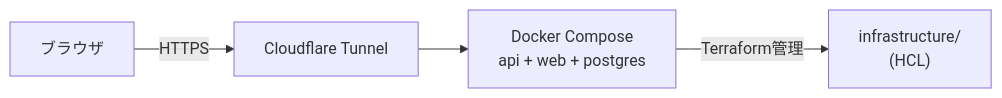
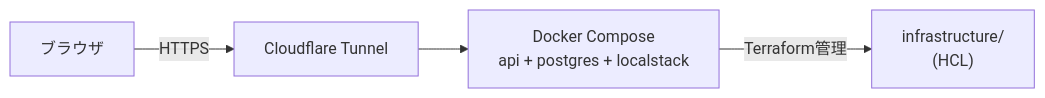
One commit to yktsnet/order-system-migration changed the third of 3 diagrams in docs/architecture.md. Above: the diagram before and after it, drawn with Mermaid. The commit also changed other lines of this file, not shown here.

Commit message:
update Architecture

````diff
--- a/docs/architecture.md
+++ b/docs/architecture.md
@@ -40,6 +48,6 @@
 ```mermaid
 graph LR
     User["ブラウザ"] -->|HTTPS| CF["Cloudflare Tunnel"]
-    CF --> Container["Docker Compose\napi + web + postgres"]
+    CF --> Container["Docker Compose\napi + postgres + localstack"]
     Container -->|Terraform管理| Infra["infrastructure/\n(HCL)"]
 ```
````
